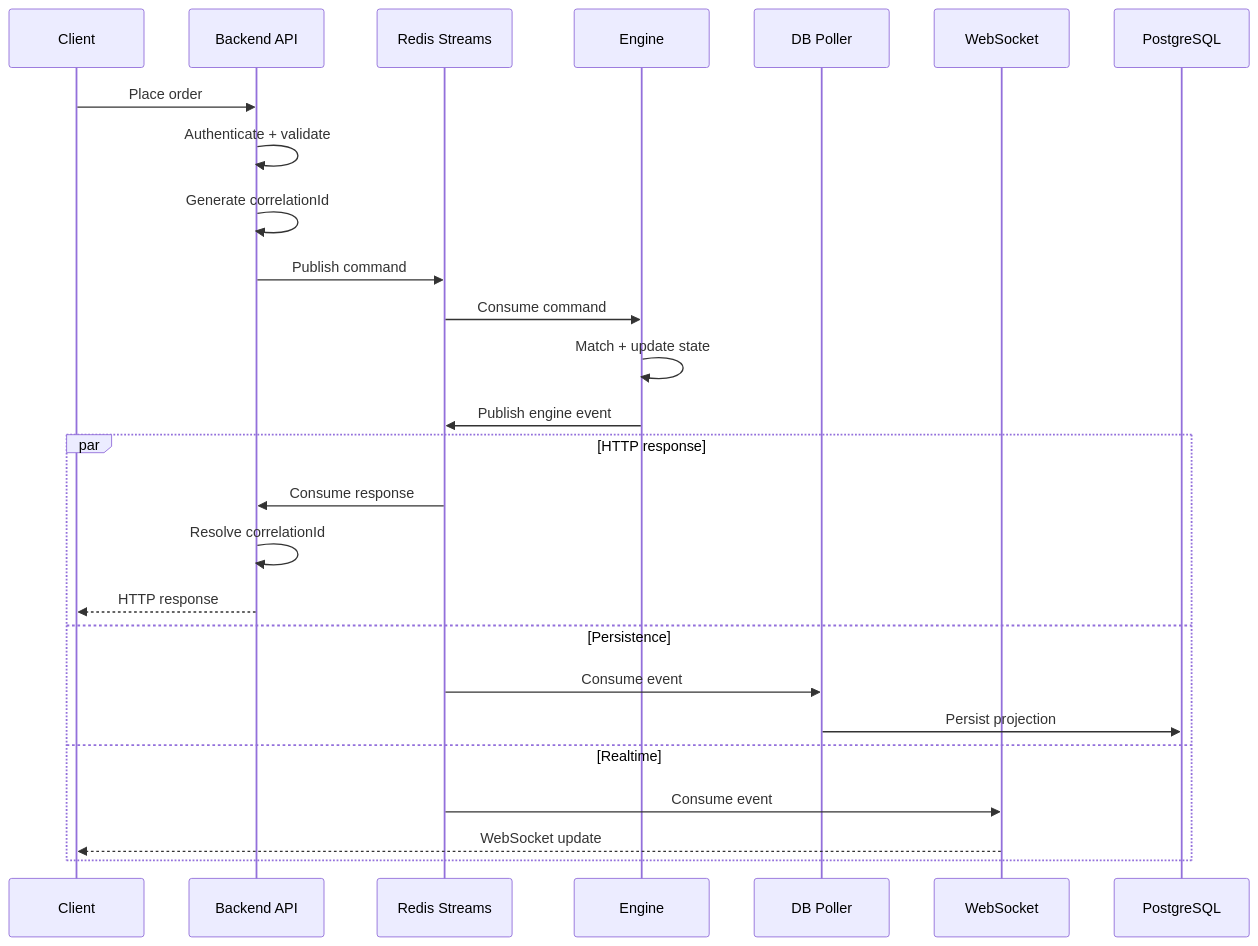
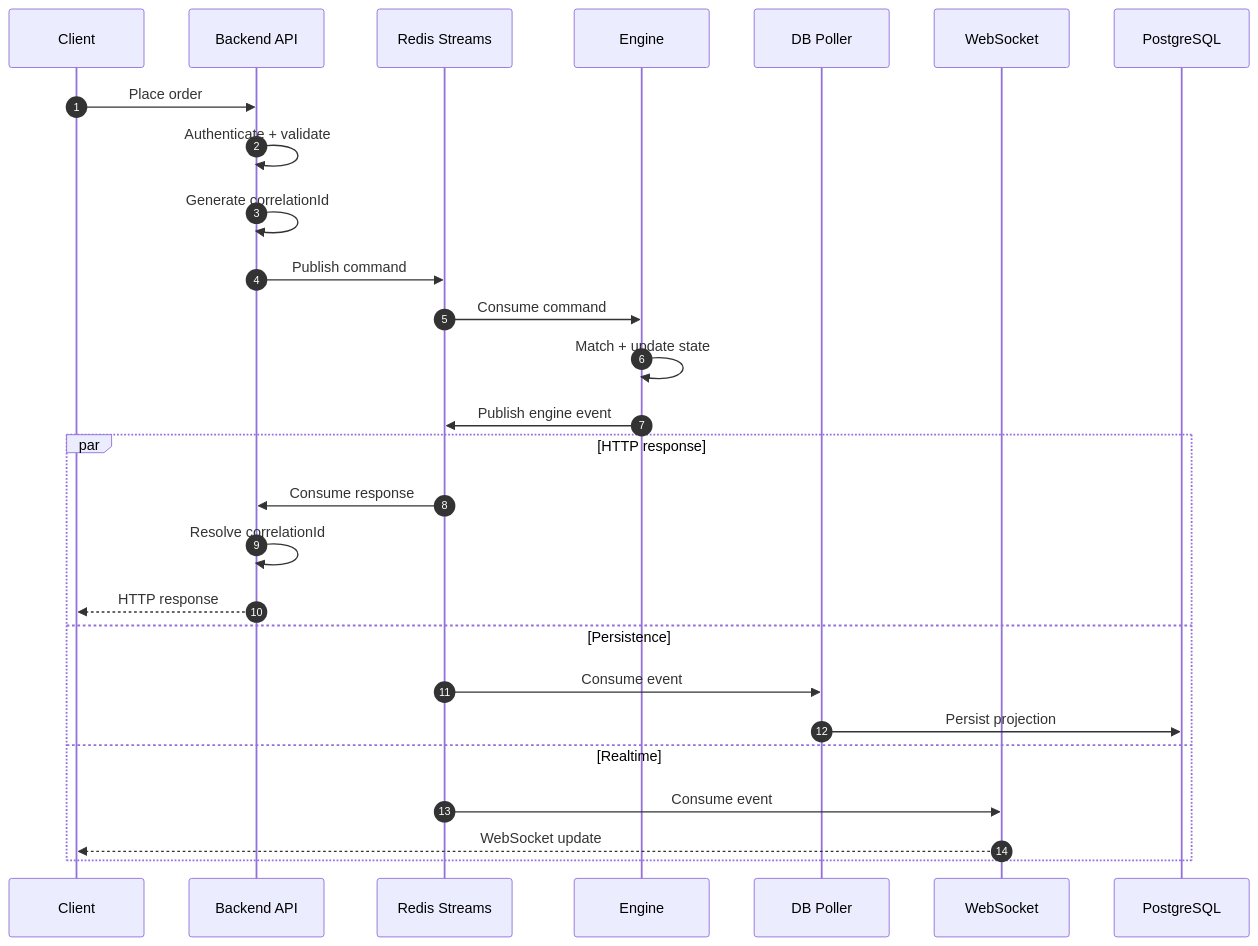
Before and after one commit to MANI-116/PERP: the first of 7 diagrams in README.md, drawn with Mermaid. The commit also changed other lines of this file, not shown here.

````diff
--- a/README.md
+++ b/README.md
@@ -72,30 +82,31 @@
 ```mermaid
 sequenceDiagram
+    autonumber
     participant C as Client
     participant A as Backend API
     participant Q as Redis Streams
     participant E as Engine
     participant P as DB Poller
     participant W as WebSocket
     participant D as PostgreSQL
 
     C->>A: Place order
     A->>A: Authenticate + validate
     A->>A: Generate correlationId
     A->>Q: Publish command
     Q->>E: Consume command
     E->>E: Match + update state
     E->>Q: Publish engine event
 
     par HTTP response
         Q->>A: Consume response
         A->>A: Resolve correlationId
         A-->>C: HTTP response
     and Persistence
         Q->>P: Consume event
         P->>D: Persist projection
     and Realtime
         Q->>W: Consume event
         W-->>C: WebSocket update
     end
 ```
````
